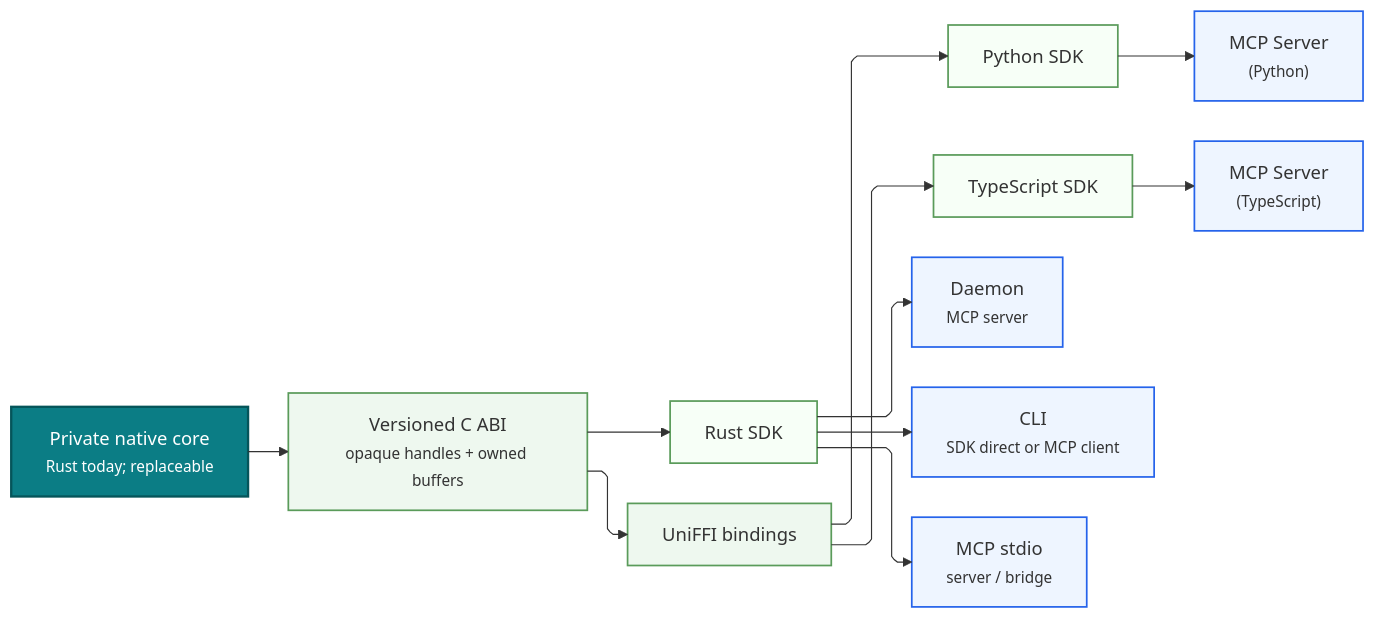
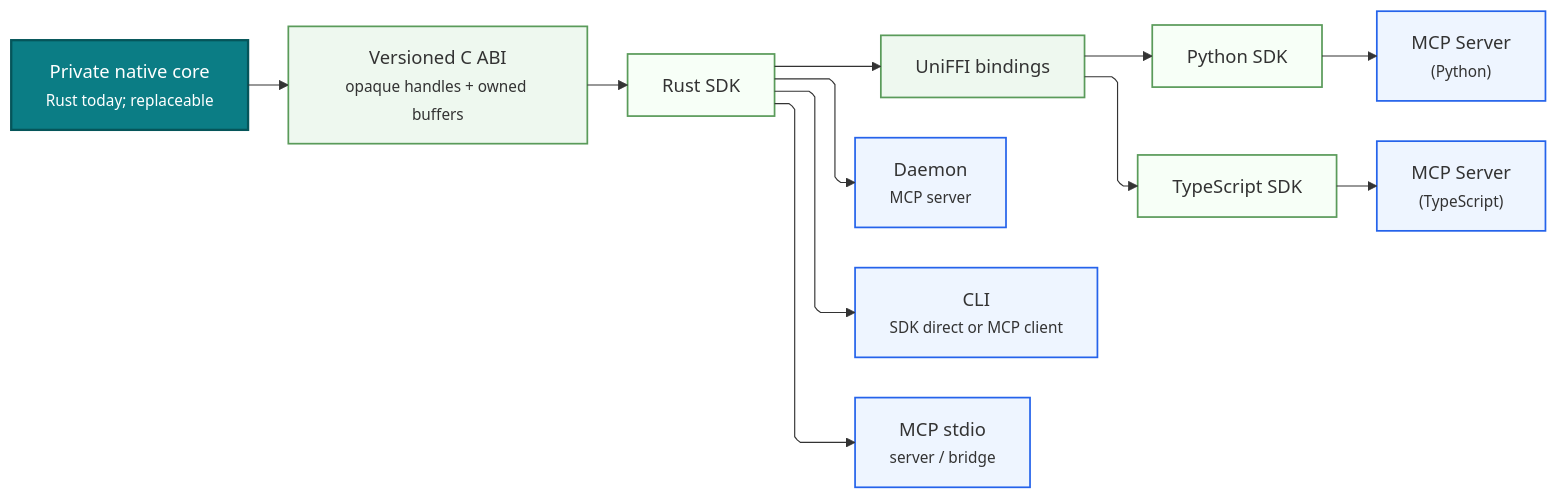
The diagram in rfcs/2447-cua-driver-native-core-and-mcp-adapter.md (trycua/cua), drawn with Mermaid before and after one commit. The commit also changed other lines of this file and 23 other files, not shown here.

````diff
--- a/rfcs/2447-cua-driver-native-core-and-mcp-adapter.md
+++ b/rfcs/2447-cua-driver-native-core-and-mcp-adapter.md
@@ -39,47 +40,47 @@
 ```mermaid
 %%{init: {
   "flowchart": {
     "defaultRenderer": "elk",
     "curve": "linear",
     "nodeSpacing": 60,
     "rankSpacing": 90
   }
 }}%%
 
 flowchart LR
 
     CORE["Private native core<br/><small>Rust today; replaceable</small>"]
     ABI["Versioned C ABI<br/><small>opaque handles + owned buffers</small>"]
     RUST["Rust SDK"]
     UNIFFI["UniFFI bindings"]
     PY["Python SDK"]
     TS["TypeScript SDK"]
 
     DAEMON["Daemon<br/><small>MCP server</small>"]
     RUSTCLI["CLI<br/><small>SDK direct or MCP client</small>"]
     STDIO["MCP stdio<br/><small>server / bridge</small>"]
     PYMCP["MCP Server<br/><small>(Python)</small>"]
     TSMCP["MCP Server<br/><small>(TypeScript)</small>"]
 
     CORE --> ABI
     ABI --> RUST
-    ABI --> UNIFFI
+    RUST --> UNIFFI
     UNIFFI --> PY
     UNIFFI --> TS
 
     RUST --> DAEMON
     RUST --> RUSTCLI
     RUST --> STDIO
     PY --> PYMCP
     TS --> TSMCP
 
     classDef core fill:#0b7d85,color:#fff,stroke:#05555a,stroke-width:2px;
     classDef bridge fill:#eef8ef,stroke:#5a9b5a,stroke-width:1.5px;
     classDef binding fill:#f7fff7,stroke:#5a9b5a,stroke-width:1.5px;
     classDef consumer fill:#eef5ff,stroke:#2563eb,stroke-width:1.5px;
 
     class CORE core;
     class ABI,UNIFFI bridge;
     class RUST,PY,TS binding;
     class DAEMON,RUSTCLI,STDIO,PYMCP,TSMCP consumer;
 ```
````
